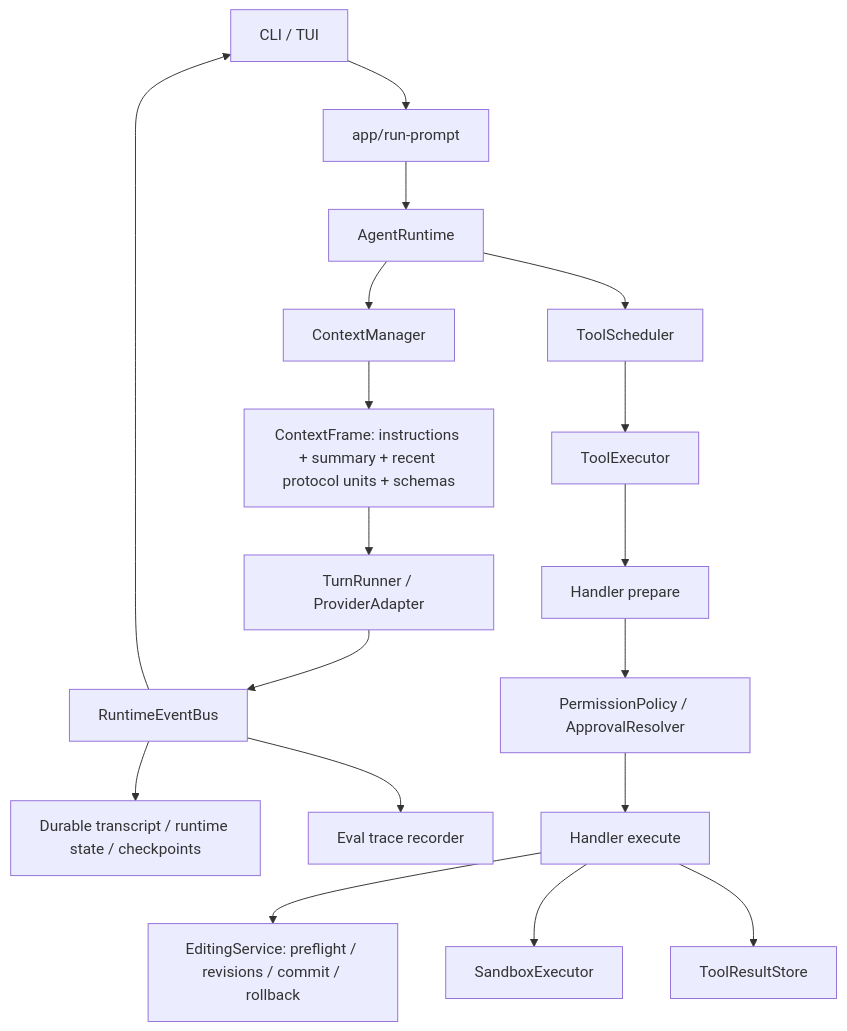
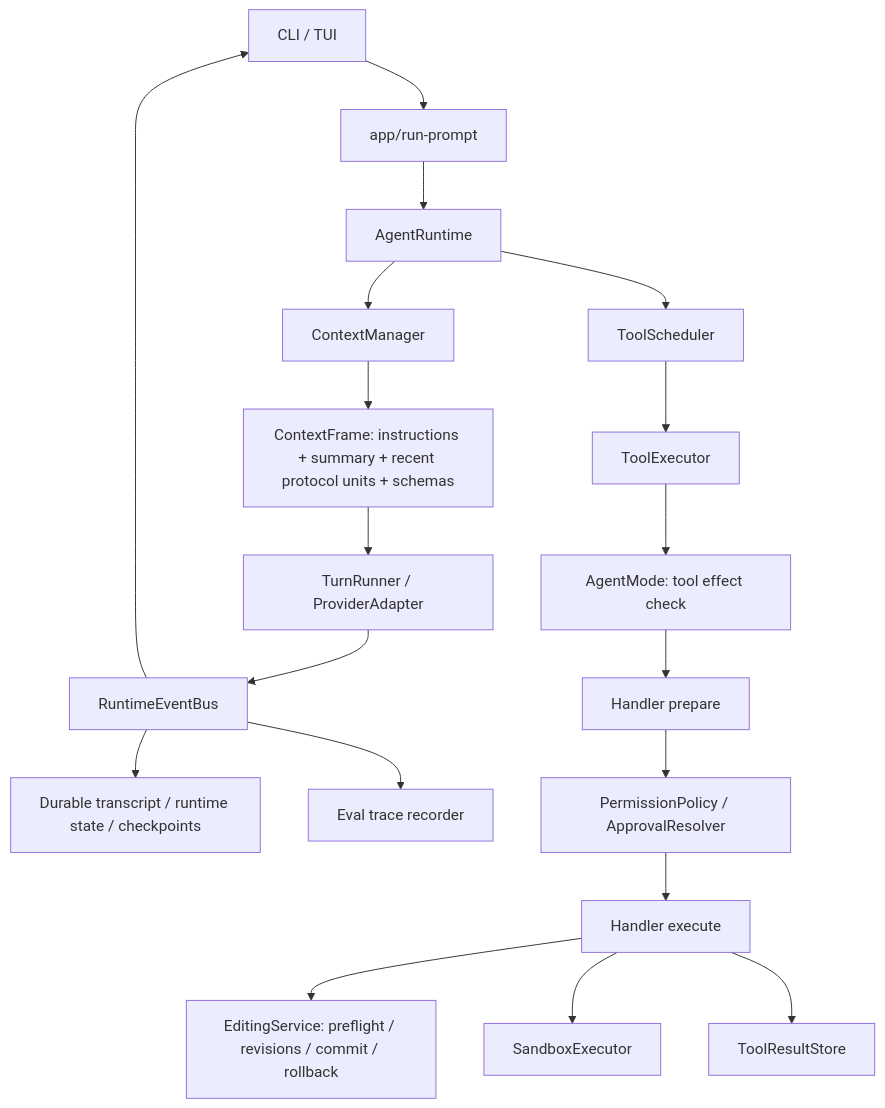
The first of 2 diagrams in docs/architecture.md (TheAsrada/ChiselCode), drawn with Mermaid before and after one commit. The commit also changed other lines of this file and 37 other files, not shown here.

````diff
--- a/docs/architecture.md
+++ b/docs/architecture.md
@@ -7,20 +7,21 @@
 ```mermaid
 flowchart TD
   UI[CLI / TUI] --> Run[app/run-prompt]
   Run --> Runtime[AgentRuntime]
   Runtime --> Context[ContextManager]
   Context --> Frame[ContextFrame: instructions + summary + recent protocol units + schemas]
   Frame --> Turn[TurnRunner / ProviderAdapter]
   Turn --> Events[RuntimeEventBus]
   Events --> Session[Durable transcript / runtime state / checkpoints]
   Events --> UI
   Events --> Eval[Eval trace recorder]
   Runtime --> Scheduler[ToolScheduler]
   Scheduler --> Executor[ToolExecutor]
-  Executor --> Prepare[Handler prepare]
+  Executor --> Mode[AgentMode: tool effect check]
+  Mode --> Prepare[Handler prepare]
   Prepare --> Permission[PermissionPolicy / ApprovalResolver]
   Permission --> Execute[Handler execute]
   Execute --> Editing[EditingService: preflight / revisions / commit / rollback]
   Execute --> Sandbox[SandboxExecutor]
   Execute --> Artifact[ToolResultStore]
 ```
````
